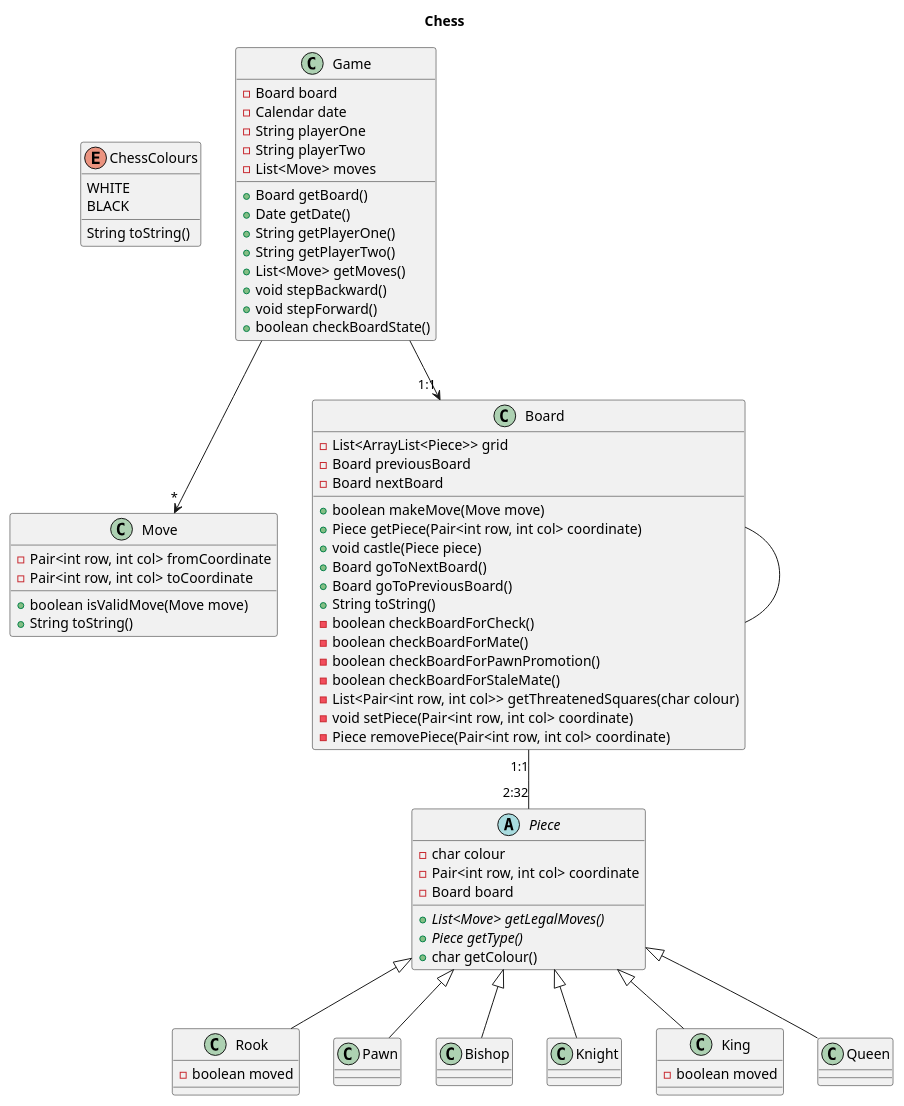
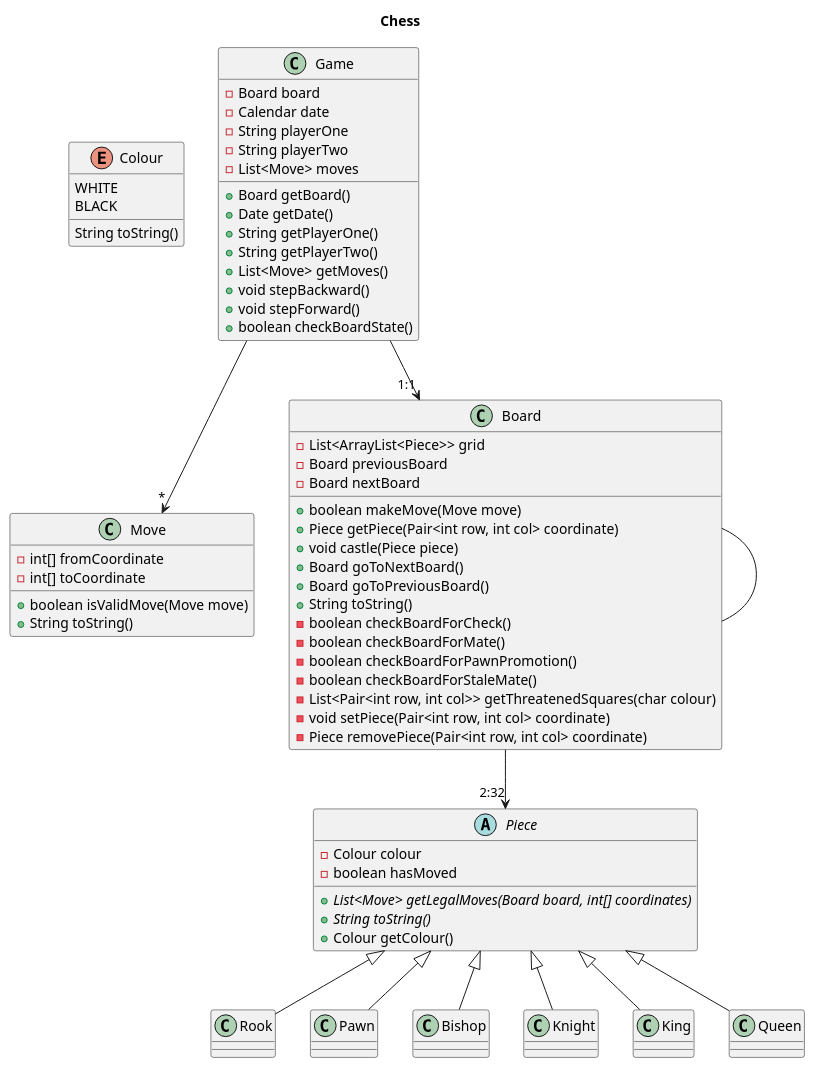
One commit to thorsjur/tdt4100-project changed the diagram in Project UML.plantuml. Above: the diagram before and after it, drawn with PlantUML. The commit also changed 22 other files, not shown here.

Commit message:
Begynd å bygge brett, har også oppdatert diagrammet og klassene

```diff
--- a/Project UML.plantuml
+++ b/Project UML.plantuml
@@ -1,98 +1,96 @@
 @startuml Chess
 title Chess
 
 
-enum ChessColours {
+enum Colour {
     WHITE
     BLACK
     String toString()
 }
 
 class Move {
-    -Pair<int row, int col> fromCoordinate
-    -Pair<int row, int col> toCoordinate
+    -int[] fromCoordinate
+    -int[] toCoordinate
     +boolean isValidMove(Move move)
     +String toString()
 
 }
 
 class Board {
     -List<ArrayList<Piece>> grid
     -Board previousBoard
     -Board nextBoard
     +boolean makeMove(Move move)
     +Piece getPiece(Pair<int row, int col> coordinate)
     +void castle(Piece piece)
     +Board goToNextBoard()
     +Board goToPreviousBoard()
     +String toString()
     -boolean checkBoardForCheck()
     -boolean checkBoardForMate()
     -boolean checkBoardForPawnPromotion()
     -boolean checkBoardForStaleMate()
     -List<Pair<int row, int col>> getThreatenedSquares(char colour)
     -void setPiece(Pair<int row, int col> coordinate)
     -Piece removePiece(Pair<int row, int col> coordinate)
     
 
 }
 
 class Game {
     -Board board
     -Calendar date
     -String playerOne
     -String playerTwo
     -List<Move> moves
     +Board getBoard()
     +Date getDate()
     +String getPlayerOne()
     +String getPlayerTwo()
     +List<Move> getMoves()
     +void stepBackward()
     +void stepForward()
     +boolean checkBoardState()
 
 }
 
 abstract class Piece {
-    -char colour
-    -Pair<int row, int col> coordinate
-    -Board board
-    + {abstract} List<Move> getLegalMoves()
-    + {abstract} Piece getType()
-    +char getColour()
+    -Colour colour
+    -boolean hasMoved
+    + {abstract} List<Move> getLegalMoves(Board board, int[] coordinates)
+    + {abstract} String toString()
+    +Colour getColour()
     
 }
 
 class Rook extends Piece {
-    -boolean moved
 }
 
 class Pawn extends Piece {
 
 }
 
 class Bishop extends Piece {
     
 }
 
 class Knight extends Piece {
 
 }
 
 class King extends Piece {
-    -boolean moved
+
 }
 
 class Queen extends Piece {
 
 }
 
 Game --> "*" Move
 Game --> "1:1" Board
-Board "1:1"  -- "2:32" Piece
+Board  --> "2:32" Piece
 Board -- Board
 
 
 
 @enduml
```
